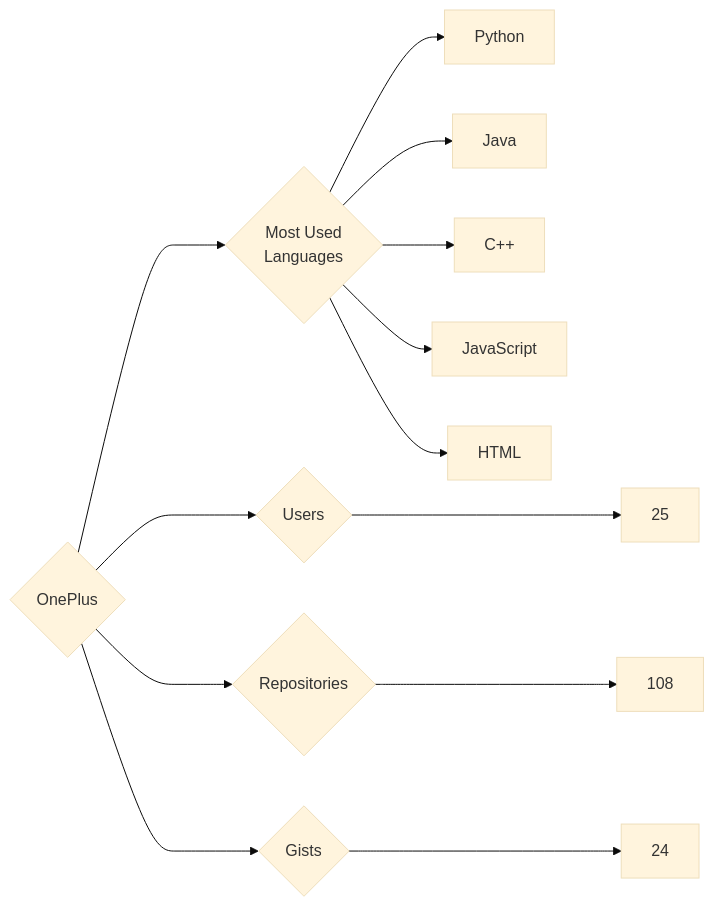
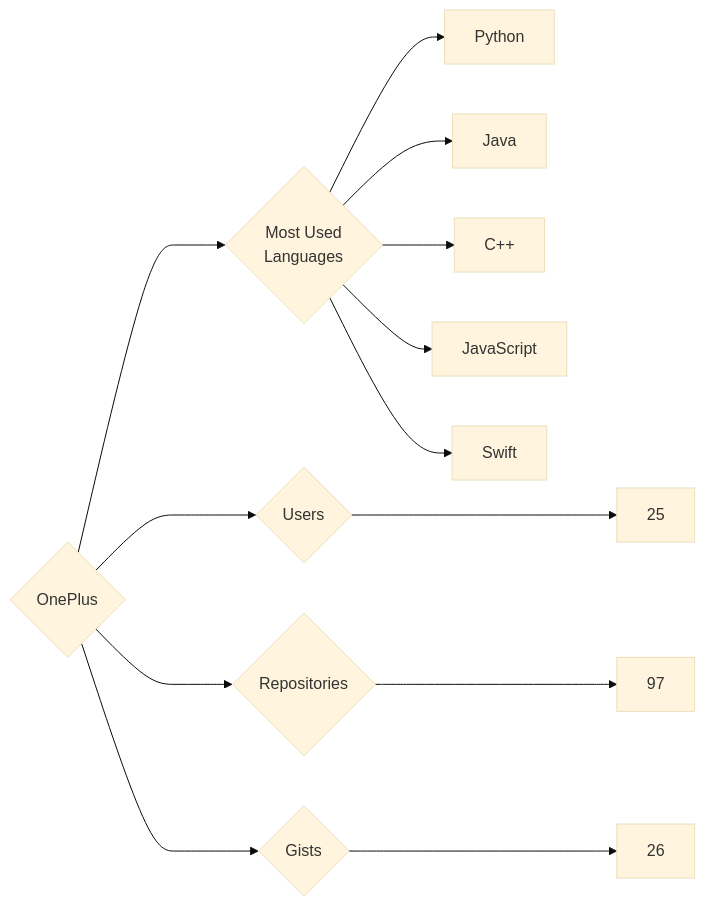
The diagram in targets/OnePlus/README.md (trickest/insiders), drawn with Mermaid (base theme) before and after one commit. The commit also changed 972 other files, not shown here.

````diff
--- a/targets/OnePlus/README.md
+++ b/targets/OnePlus/README.md
@@ -3,13 +3,13 @@
 ```mermaid
 graph LR
 COMPANY_NAME{OnePlus}
 COMPANY_NAME ---> U{Users} ---> UN[25]
-COMPANY_NAME ---> R{Repositories} ---> RN[108]
-COMPANY_NAME ---> G{Gists} ---> GN[24]
+COMPANY_NAME ---> R{Repositories} ---> RN[97]
+COMPANY_NAME ---> G{Gists} ---> GN[26]
 COMPANY_NAME ---> ML{Most Used<br>Languages}
 ML --> Python[Python]
 ML --> Java[Java]
 ML --> C++[C++]
 ML --> JavaScript[JavaScript]
-ML --> HTML[HTML]
+ML --> Swift[Swift]
 ```
````
